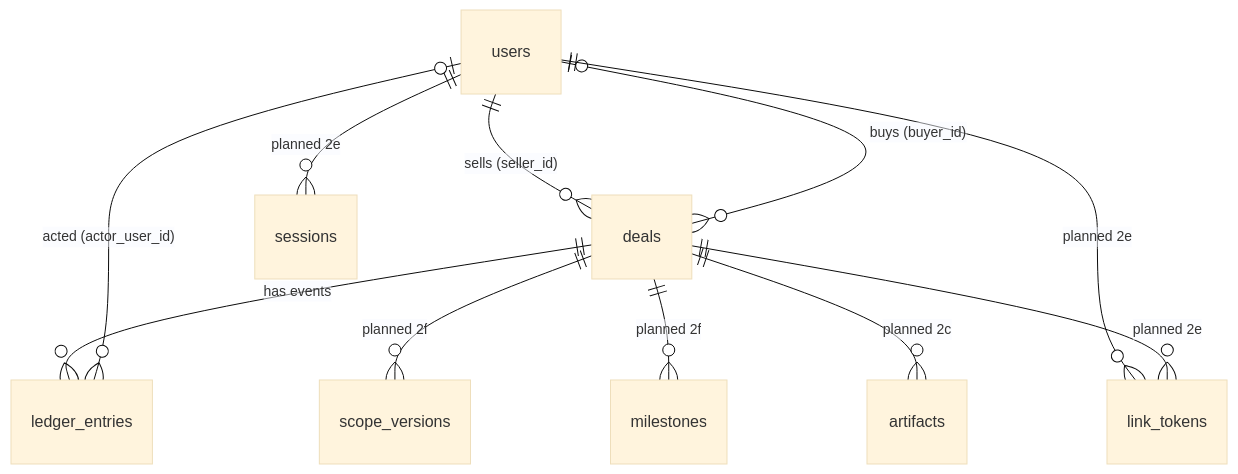
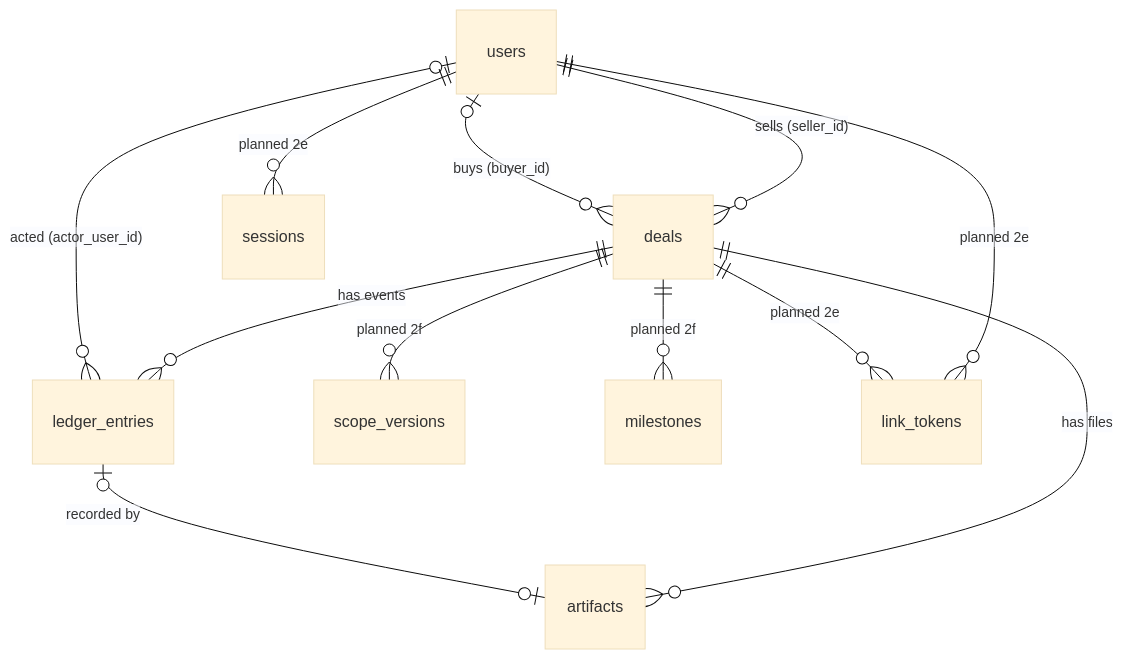
One commit to sushantpatil2899/pactpal changed the diagram in docs/data-model.md. Above: the diagram before and after it, drawn with Mermaid (base theme). The commit also changed other lines of this file and 17 other files, not shown here.

````diff
--- a/docs/data-model.md
+++ b/docs/data-model.md
@@ -5,13 +5,14 @@
 ```mermaid
 erDiagram
   users ||--o{ deals : "sells (seller_id)"
   users |o--o{ deals : "buys (buyer_id)"
   deals ||--o{ ledger_entries : "has events"
   users |o--o{ ledger_entries : "acted (actor_user_id)"
   deals ||--o{ scope_versions : "planned 2f"
   deals ||--o{ milestones : "planned 2f"
-  deals ||--o{ artifacts : "planned 2c"
+  deals ||--o{ artifacts : "has files"
+  ledger_entries |o--o| artifacts : "recorded by"
   users ||--o{ sessions : "planned 2e"
   users ||--o{ link_tokens : "planned 2e"
   deals ||--o{ link_tokens : "planned 2e"
 ```
````
